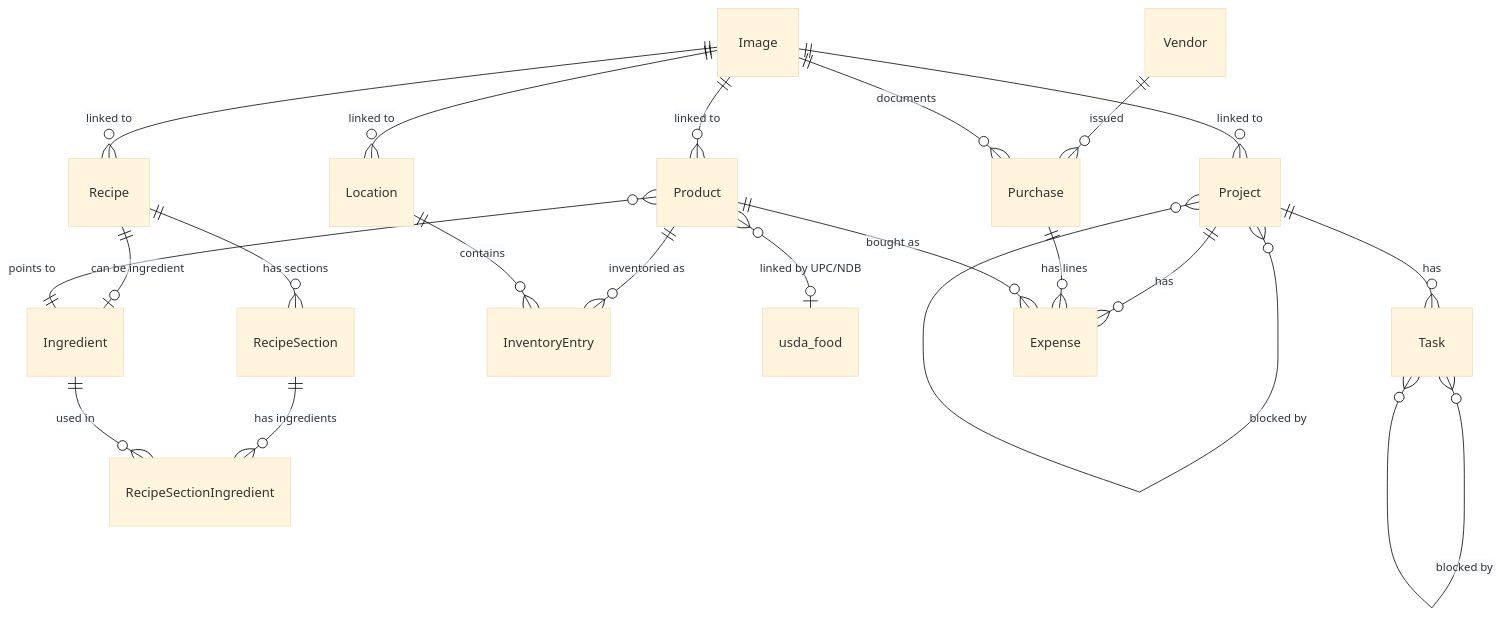
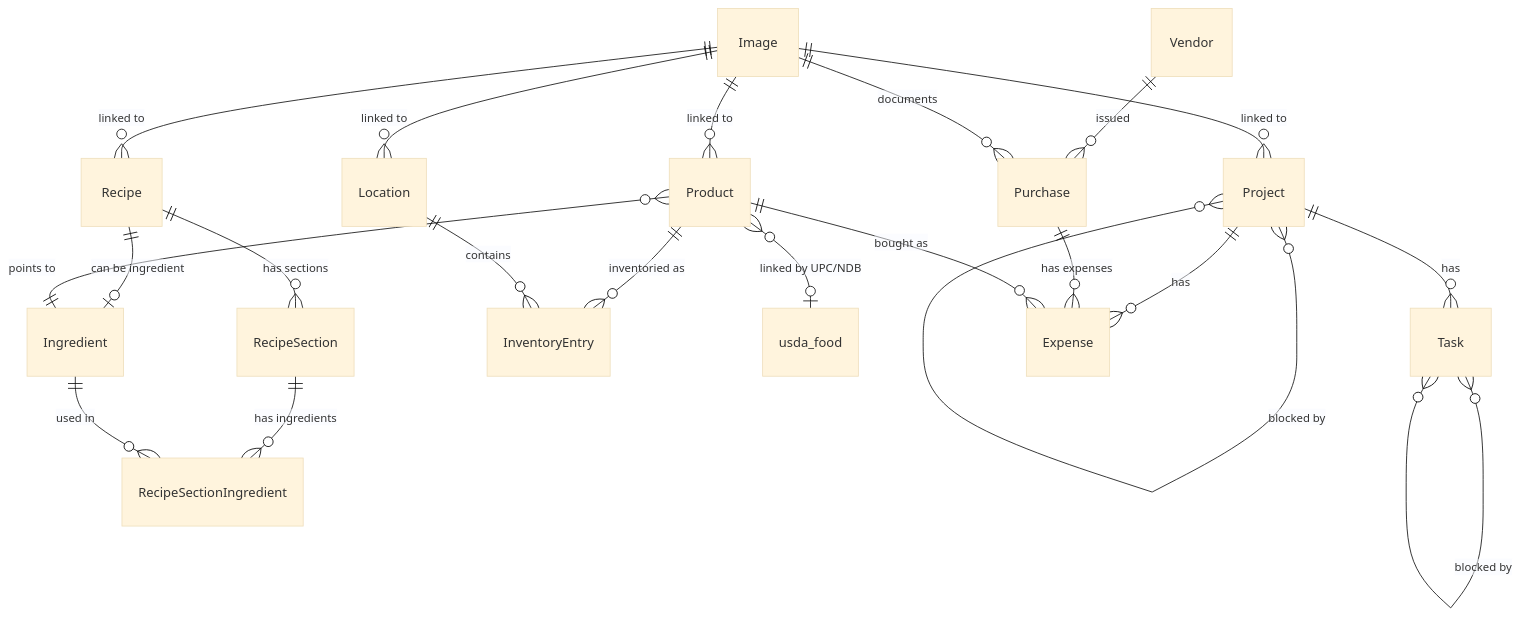
Before and after one commit to nickysemenza/cubby: the diagram in README.md, drawn with Mermaid (base theme). The commit also changed other lines of this file and 56 other files, not shown here.

Commit message:
Standardize purchase and expense terminology

````diff
--- a/README.md
+++ b/README.md
@@ -192,29 +192,29 @@
 ```mermaid
 erDiagram
     Recipe ||--o{ RecipeSection : "has sections"
     RecipeSection ||--o{ RecipeSectionIngredient : "has ingredients"
     Ingredient ||--o{ RecipeSectionIngredient : "used in"
     Recipe ||--o| Ingredient : "can be ingredient"
 
     Product ||--o{ InventoryEntry : "inventoried as"
     Product }o--|| Ingredient : "points to"
 
     Location ||--o{ InventoryEntry : "contains"
 
     Image ||--o{ Product : "linked to"
     Image ||--o{ Location : "linked to"
     Image ||--o{ Recipe : "linked to"
 
     Product }o--o| usda_food : "linked by UPC/NDB"
 
     Project ||--o{ Task : "has"
     Project ||--o{ Expense : "has"
     Project }o--o{ Project : "blocked by"
     Task }o--o{ Task : "blocked by"
     Image ||--o{ Project : "linked to"
 
     Vendor ||--o{ Purchase : "issued"
-    Purchase ||--o{ Expense : "has lines"
+    Purchase ||--o{ Expense : "has expenses"
     Image ||--o{ Purchase : "documents"
     Product ||--o{ Expense : "bought as"
 ```
````
